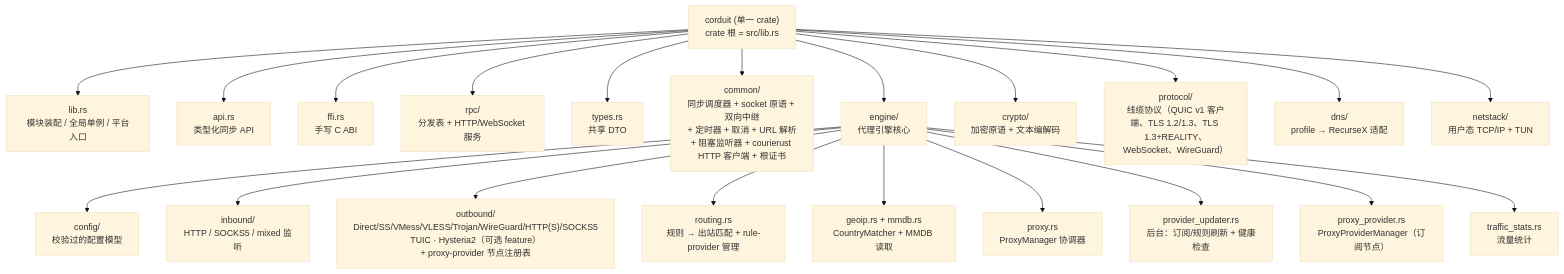
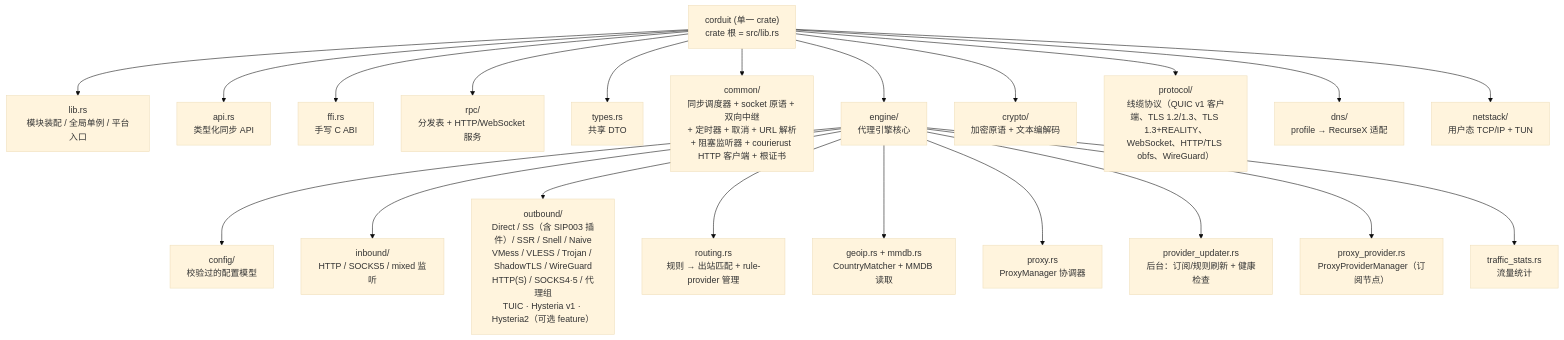
One commit to blueokanna/Corduit changed the first of 7 diagrams in wiki/Architecture.md. Above: the diagram before and after it, drawn with Mermaid (base theme). The commit also changed other lines of this file and 27 other files, not shown here.

````diff
--- a/wiki/Architecture.md
+++ b/wiki/Architecture.md
@@ -7,26 +7,26 @@
 ```mermaid
 flowchart TB
     ROOT["corduit (单一 crate)<br/>crate 根 = src/lib.rs"]
 
     ROOT --> LIB["lib.rs<br/>模块装配 / 全局单例 / 平台入口"]
     ROOT --> API["api.rs<br/>类型化同步 API"]
     ROOT --> FFI["ffi.rs<br/>手写 C ABI"]
     ROOT --> RPC["rpc/<br/>分发表 + HTTP/WebSocket 服务"]
     ROOT --> TYPES["types.rs<br/>共享 DTO"]
     ROOT --> COMMON["common/<br/>同步调度器 + socket 原语 + 双向中继<br/>+ 定时器 + 取消 + URL 解析<br/>+ 阻塞监听器 + courierust HTTP 客户端 + 根证书"]
     ROOT --> ENGINE["engine/<br/>代理引擎核心"]
     ROOT --> CRYPTO["crypto/<br/>加密原语 + 文本编解码"]
-    ROOT --> PROTOCOL["protocol/<br/>线缆协议（QUIC v1 客户端、TLS 1.2/1.3、TLS 1.3+REALITY、WebSocket、WireGuard）"]
+    ROOT --> PROTOCOL["protocol/<br/>线缆协议（QUIC v1 客户端、TLS 1.2/1.3、TLS 1.3+REALITY、WebSocket、HTTP/TLS obfs、WireGuard）"]
     ROOT --> DNS["dns/<br/>profile → RecurseX 适配"]
     ROOT --> NETSTACK["netstack/<br/>用户态 TCP/IP + TUN"]
 
     ENGINE --> EC["config/<br/>校验过的配置模型"]
     ENGINE --> EI["inbound/<br/>HTTP / SOCKS5 / mixed 监听"]
-    ENGINE --> EO["outbound/<br/>Direct/SS/VMess/VLESS/Trojan/WireGuard/HTTP(S)/SOCKS5<br/>TUIC · Hysteria2（可选 feature）<br/>+ proxy-provider 节点注册表"]
+    ENGINE --> EO["outbound/<br/>Direct / SS（含 SIP003 插件）/ SSR / Snell / Naive<br/>VMess / VLESS / Trojan / ShadowTLS / WireGuard<br/>HTTP(S) / SOCKS4·5 / 代理组<br/>TUIC · Hysteria v1 · Hysteria2（可选 feature）"]
     ENGINE --> ER["routing.rs<br/>规则 → 出站匹配 + rule-provider 管理"]
     ENGINE --> EG["geoip.rs + mmdb.rs<br/>CountryMatcher + MMDB 读取"]
     ENGINE --> EP["proxy.rs<br/>ProxyManager 协调器"]
     ENGINE --> EU["provider_updater.rs<br/>后台：订阅/规则刷新 + 健康检查"]
     ENGINE --> EPP["proxy_provider.rs<br/>ProxyProviderManager（订阅节点）"]
     ENGINE --> ET["traffic_stats.rs<br/>流量统计"]
 ```
````
